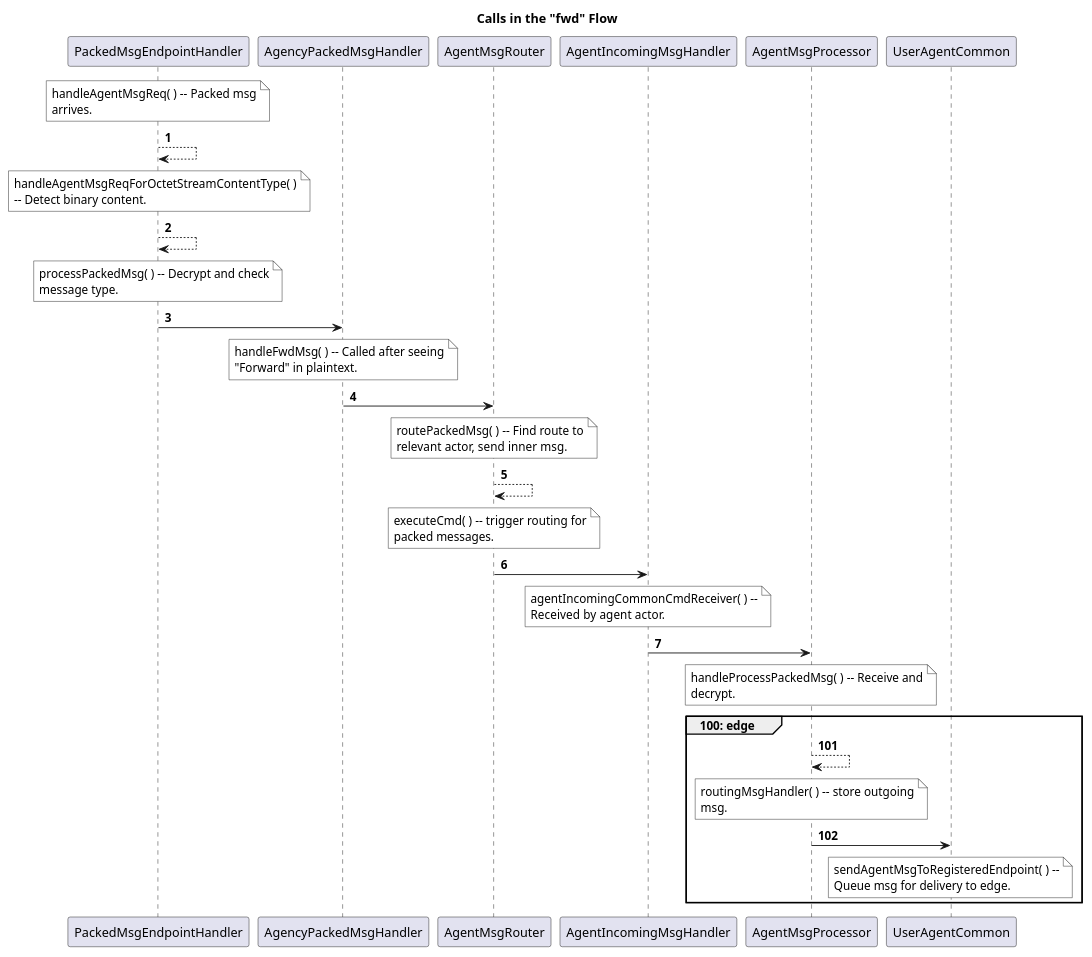
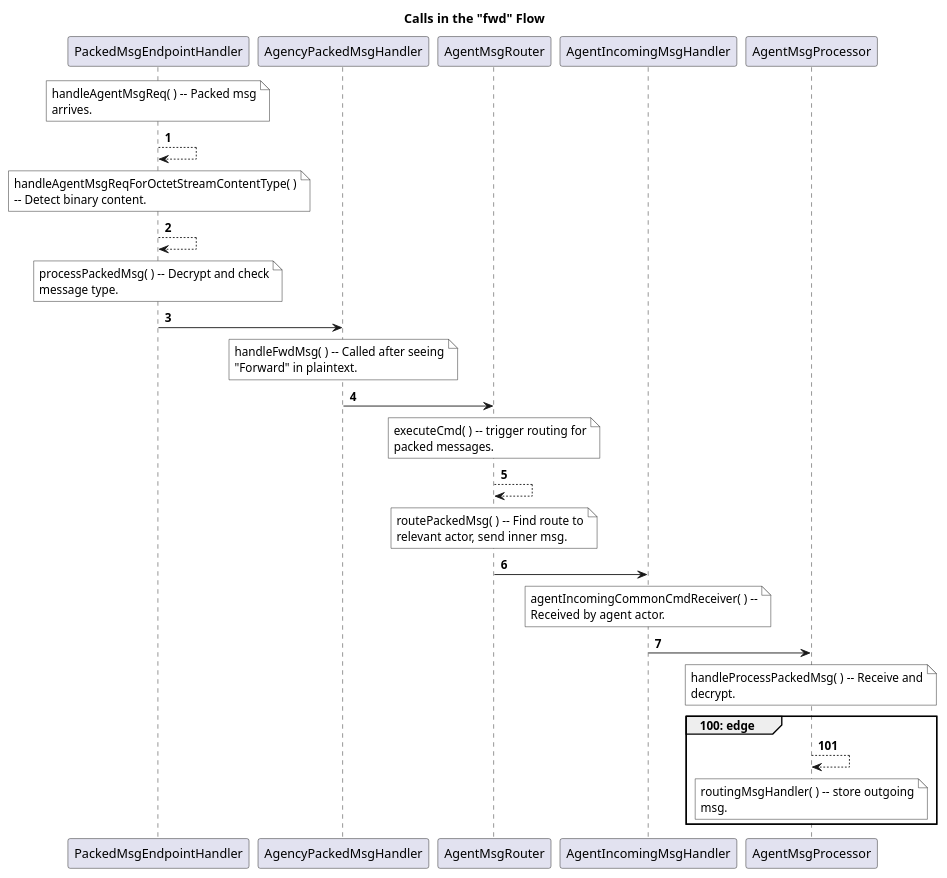
The diagram in doc/code/flows/fwd_flow.puml (evernym/verity), drawn with PlantUML before and after one commit. The commit also changed 1 other file, not shown here.

```diff
--- a/doc/code/flows/fwd_flow.puml
+++ b/doc/code/flows/fwd_flow.puml
@@ -1,30 +1,28 @@
 @startuml
 
 title Calls in the "fwd" Flow
 
 autonumber 1
 note over PackedMsgEndpointHandler #ffffff: handleAgentMsgReq( ) -- Packed msg\narrives.
 PackedMsgEndpointHandler --> PackedMsgEndpointHandler
 note over PackedMsgEndpointHandler #ffffff: handleAgentMsgReqForOctetStreamContentType( )\n-- Detect binary content.
 PackedMsgEndpointHandler --> PackedMsgEndpointHandler
 note over PackedMsgEndpointHandler #ffffff: processPackedMsg( ) -- Decrypt and check\nmessage type.
 PackedMsgEndpointHandler -> AgencyPackedMsgHandler
 note over AgencyPackedMsgHandler #ffffff: handleFwdMsg( ) -- Called after seeing\n"Forward" in plaintext.
 AgencyPackedMsgHandler -> AgentMsgRouter
+note over AgentMsgRouter #ffffff: executeCmd( ) -- trigger routing for\npacked messages.
+AgentMsgRouter --> AgentMsgRouter
 note over AgentMsgRouter #ffffff: routePackedMsg( ) -- Find route to\nrelevant actor, send inner msg.
-AgentMsgRouter --> AgentMsgRouter
-note over AgentMsgRouter #ffffff: executeCmd( ) -- trigger routing for\npacked messages.
 AgentMsgRouter -> AgentIncomingMsgHandler
 note over AgentIncomingMsgHandler #ffffff: agentIncomingCommonCmdReceiver( ) --\nReceived by agent actor.
 AgentIncomingMsgHandler -> AgentMsgProcessor
 note over AgentMsgProcessor #ffffff: handleProcessPackedMsg( ) -- Receive and\ndecrypt.
 
 group 100: edge
 autonumber 101
 AgentMsgProcessor --> AgentMsgProcessor
 note over AgentMsgProcessor #ffffff: routingMsgHandler( ) -- store outgoing\nmsg.
-AgentMsgProcessor -> UserAgentCommon
-note over UserAgentCommon #ffffff: sendAgentMsgToRegisteredEndpoint( ) --\nQueue msg for delivery to edge.
 end
 
 @enduml
```
